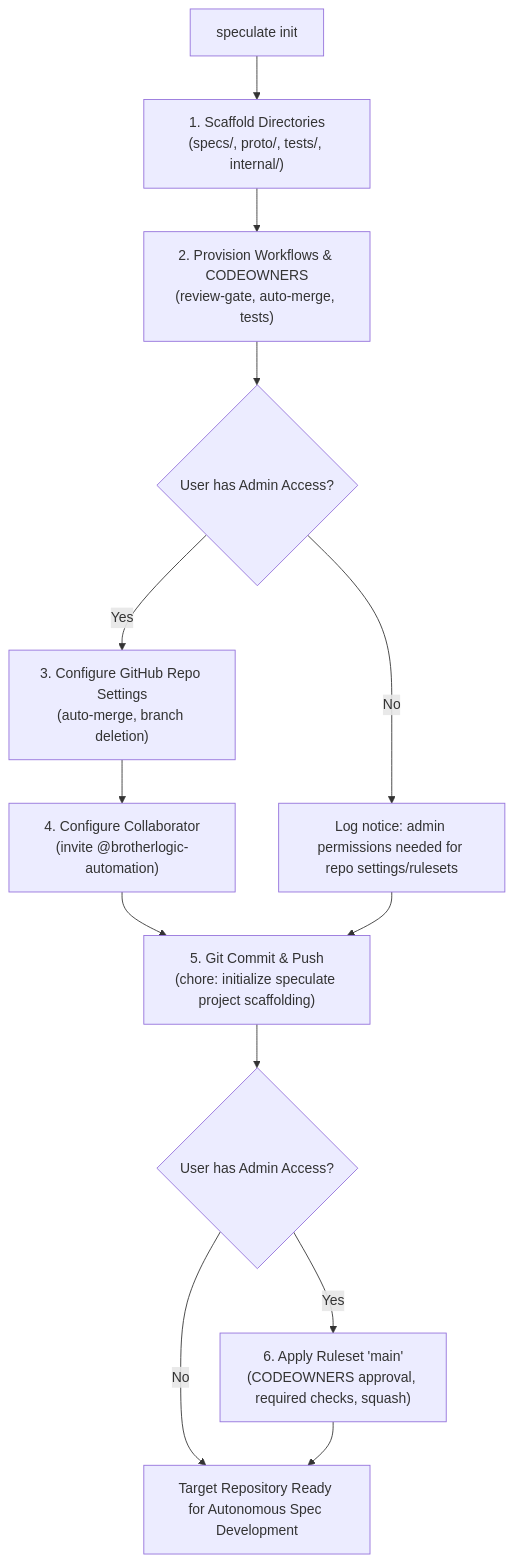
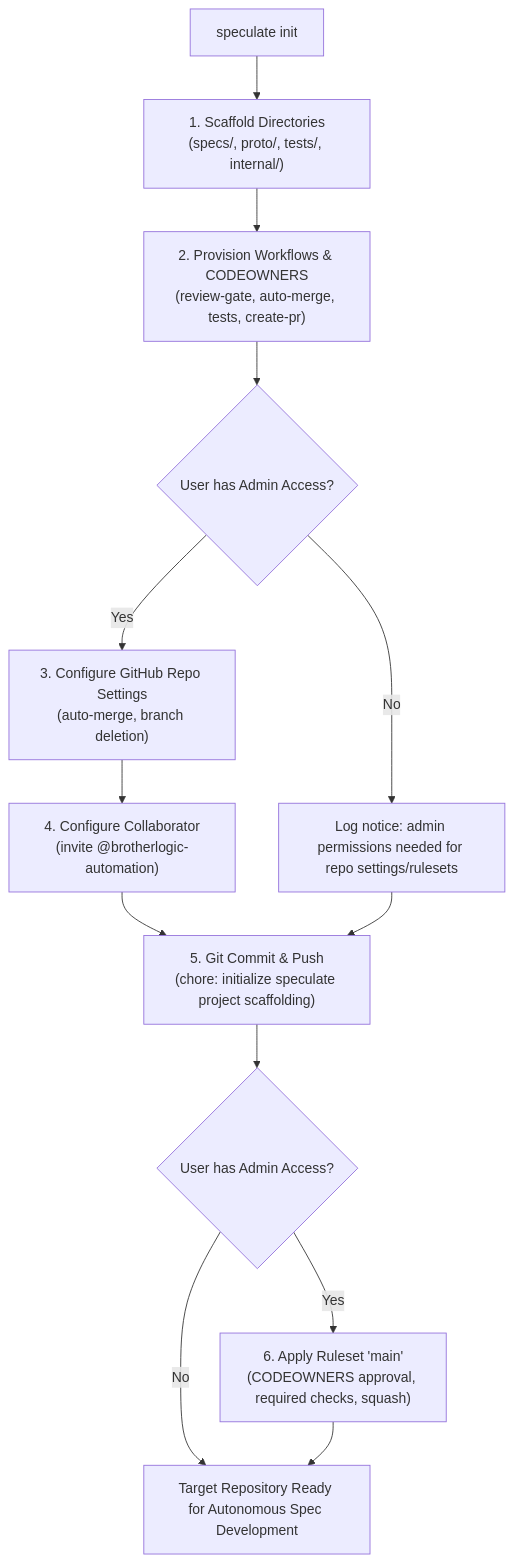
One commit to brotherlogic/speculate changed the diagram in README.md. Above: the diagram before and after it, drawn with Mermaid. The commit also changed other lines of this file and 4 other files, not shown here.

````diff
--- a/README.md
+++ b/README.md
@@ -13,15 +13,15 @@
 ```mermaid
 flowchart TD
     A["speculate init"] --> B["1. Scaffold Directories<br/>(specs/, proto/, tests/, internal/)"]
-    B --> C["2. Provision Workflows & CODEOWNERS<br/>(review-gate, auto-merge, tests)"]
+    B --> C["2. Provision Workflows & CODEOWNERS<br/>(review-gate, auto-merge, tests, create-pr)"]
     C --> D{"User has Admin Access?"}
     D -- Yes --> E["3. Configure GitHub Repo Settings<br/>(auto-merge, branch deletion)"]
     E --> F["4. Configure Collaborator<br/>(invite @brotherlogic-automation)"]
     F --> G["5. Git Commit & Push<br/>(chore: initialize speculate project scaffolding)"]
     D -- No --> H["Log notice: admin permissions needed for repo settings/rulesets"]
     H --> G
     G --> I{"User has Admin Access?"}
     I -- Yes --> J["6. Apply Ruleset 'main'<br/>(CODEOWNERS approval, required checks, squash)"]
     I -- No --> K["Target Repository Ready for Autonomous Spec Development"]
     J --> K
 ```
````
